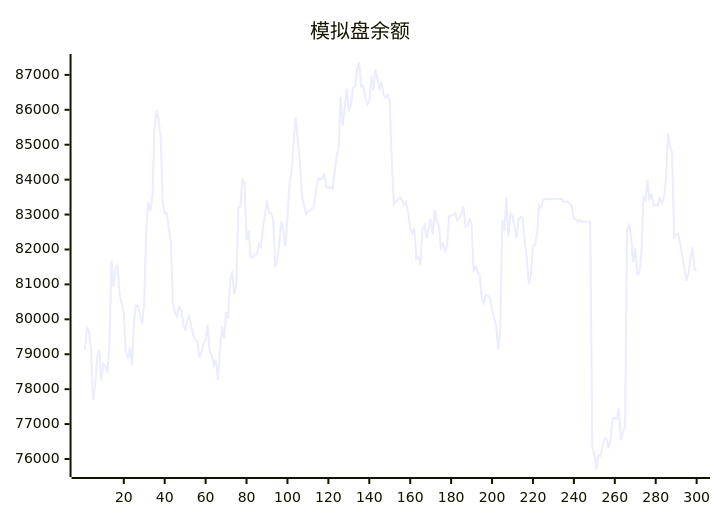
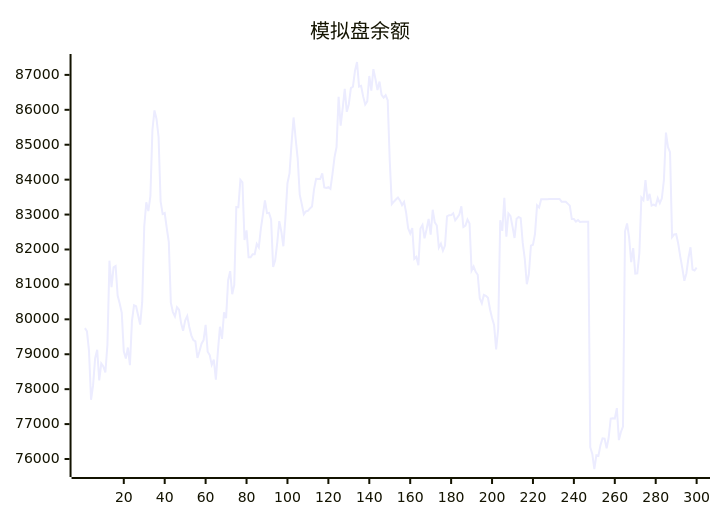
Before and after one commit to aahl/ai-trading: the diagram in README.md, drawn with Mermaid. The commit also changed other lines of this file and 1 other file, not shown here.

````diff
--- a/README.md
+++ b/README.md
@@ -5,5 +5,5 @@
 ```mermaid
 xychart
     title "模拟盘余额"
-    line [79126,79749,79658,79097,77695,78114,78888,79126,78249,78738,78653,78478,79271,81680,80923,81488,81527,80681,80455,80190,79084,78879,79193,78686,79954,80403,80374,80118,79848,80491,82665,83351,83098,83525,85430,85983,85737,85221,83378,83014,83043,82613,82216,80477,80208,80081,80348,80277,79894,79670,79965,80093,79786,79542,79406,79371,78893,79087,79304,79406,79841,79072,78978,78696,78846,78272,79085,79787,79442,80198,80031,81120,81379,80718,80985,83214,83212,83993,83921,82270,82547,81776,81776,81866,81866,82158,82061,82596,83000,83408,83041,83050,82858,81503,81691,82188,82812,82517,82092,82901,83898,84180,85030,85781,85178,84604,83569,83298,83008,83093,83107,83175,83228,83729,84025,84017,84019,84177,83775,83762,83785,83738,84160,84639,84939,86370,85548,86046,86599,85942,86161,86622,86664,87115,87369,86666,86685,86384,86152,86243,86969,86548,87164,86885,86566,86809,86427,86348,86417,86273,84538,83299,83369,83430,83490,83404,83270,83362,83056,82605,82459,82614,81734,81788,81551,82598,82702,82320,82580,82878,82426,83139,82778,82686,82056,82166,81963,82110,82951,82983,82984,83038,82838,82915,82998,83235,82642,82682,82858,82746,81396,81512,81362,81277,80600,80461,80699,80673,80616,80288,80038,79836,79142,79722,82837,82533,83480,82366,83032,82960,82654,82330,82883,82934,82901,82188,81728,81005,81298,82110,82135,82449,83264,83203,83440,83439,83440,83440,83446,83447,83448,83447,83448,83449,83369,83369,83369,83313,83256,82872,82873,82801,82844,82785,82791,82791,82793,82794,76339,76145,75714,76110,76096,76397,76594,76585,76310,76607,77160,77170,77160,77456,76541,76774,76927,82520,82744,82337,81639,82040,81307,81314,81887,83490,83414,83984,83396,83594,83261,83287,83253,83470,83327,83465,83987,85348,84930,84786,82355,82433,82438,82167,81795,81466,81105,81315,81756,82064,81426,81398]
+    line [79749,79658,79097,77695,78114,78888,79126,78249,78738,78653,78478,79271,81680,80923,81488,81527,80681,80455,80190,79084,78879,79193,78686,79954,80403,80374,80118,79848,80491,82665,83351,83098,83525,85430,85983,85737,85221,83378,83014,83043,82613,82216,80477,80208,80081,80348,80277,79894,79670,79965,80093,79786,79542,79406,79371,78893,79087,79304,79406,79841,79072,78978,78696,78846,78272,79085,79787,79442,80198,80031,81120,81379,80718,80985,83214,83212,83993,83921,82270,82547,81776,81776,81866,81866,82158,82061,82596,83000,83408,83041,83050,82858,81503,81691,82188,82812,82517,82092,82901,83898,84180,85030,85781,85178,84604,83569,83298,83008,83093,83107,83175,83228,83729,84025,84017,84019,84177,83775,83762,83785,83738,84160,84639,84939,86370,85548,86046,86599,85942,86161,86622,86664,87115,87369,86666,86685,86384,86152,86243,86969,86548,87164,86885,86566,86809,86427,86348,86417,86273,84538,83299,83369,83430,83490,83404,83270,83362,83056,82605,82459,82614,81734,81788,81551,82598,82702,82320,82580,82878,82426,83139,82778,82686,82056,82166,81963,82110,82951,82983,82984,83038,82838,82915,82998,83235,82642,82682,82858,82746,81396,81512,81362,81277,80600,80461,80699,80673,80616,80288,80038,79836,79142,79722,82837,82533,83480,82366,83032,82960,82654,82330,82883,82934,82901,82188,81728,81005,81298,82110,82135,82449,83264,83203,83440,83439,83440,83440,83446,83447,83448,83447,83448,83449,83369,83369,83369,83313,83256,82872,82873,82801,82844,82785,82791,82791,82793,82794,76339,76145,75714,76110,76096,76397,76594,76585,76310,76607,77160,77170,77160,77456,76541,76774,76927,82520,82744,82337,81639,82040,81307,81314,81887,83490,83414,83984,83396,83594,83261,83287,83253,83470,83327,83465,83987,85348,84930,84786,82355,82433,82438,82167,81795,81466,81105,81315,81756,82064,81426,81398,81481]
 ```
````
